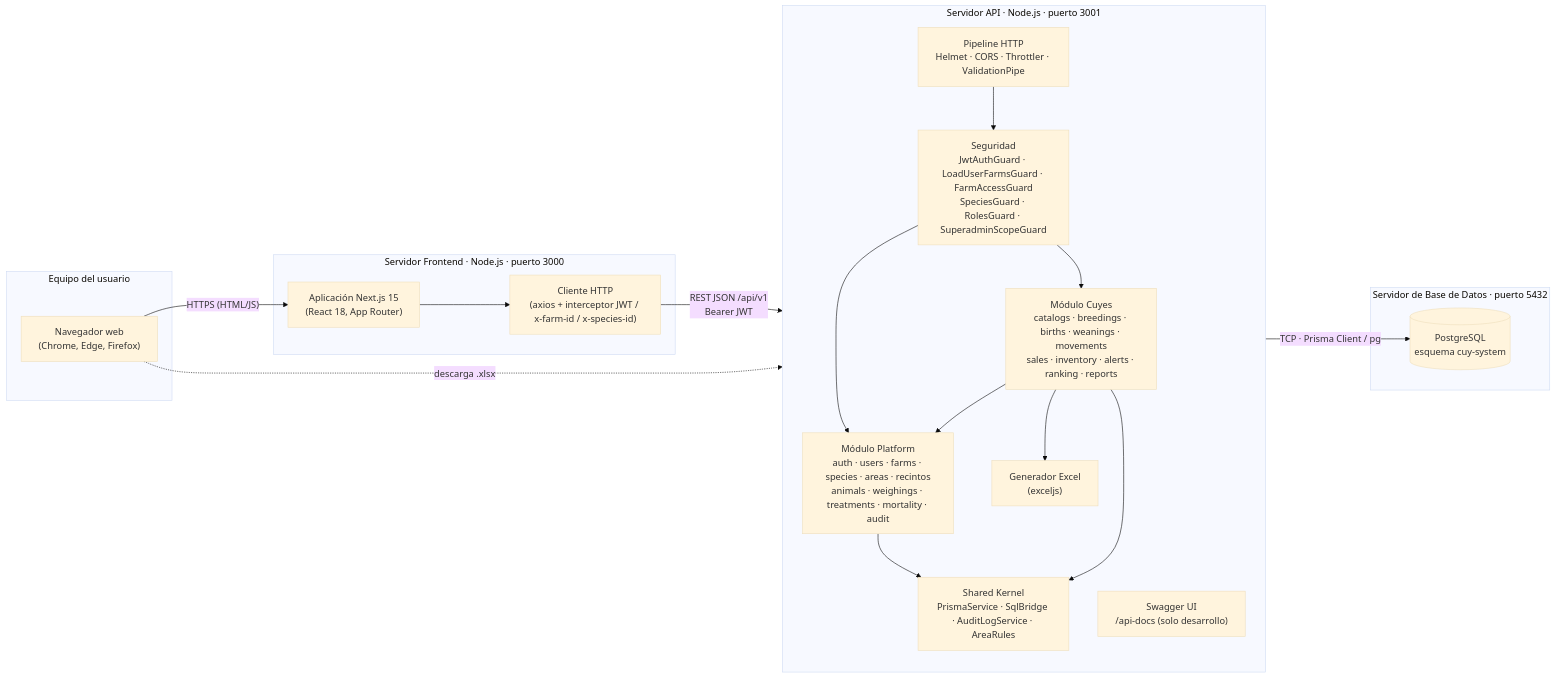
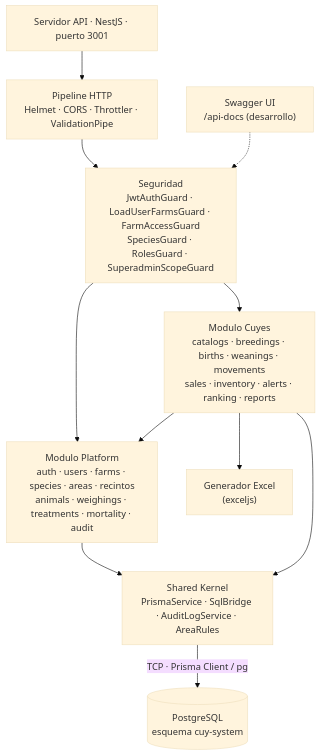
The second of 2 diagrams in docs/entrega_01/10.md (juan745Guevara/Cuy-system), drawn with Mermaid (base theme) before and after one commit. The commit also changed other lines of this file and 22 other files, not shown here.

````diff
--- a/docs/entrega_01/10.md
+++ b/docs/entrega_01/10.md
@@ -5,40 +28,23 @@
 ```mermaid
-flowchart LR
-  subgraph CLIENTE["Equipo del usuario"]
-    browser["Navegador web<br/>(Chrome, Edge, Firefox)"]
-  end
-
-  subgraph SFE["Servidor Frontend · Node.js · puerto 3000"]
-    next["Aplicación Next.js 15<br/>(React 18, App Router)"]
-    apiClient["Cliente HTTP<br/>(axios + interceptor JWT / x-farm-id / x-species-id)"]
-    next --> apiClient
-  end
-
-  subgraph SBE["Servidor API · Node.js · puerto 3001"]
-    direction TB
+flowchart TB
+    API["Servidor API · NestJS · puerto 3001"]
     pipeline["Pipeline HTTP<br/>Helmet · CORS · Throttler · ValidationPipe"]
     security["Seguridad<br/>JwtAuthGuard · LoadUserFarmsGuard · FarmAccessGuard<br/>SpeciesGuard · RolesGuard · SuperadminScopeGuard"]
-    platformC["Módulo Platform<br/>auth · users · farms · species · areas · recintos<br/>animals · weighings · treatments · mortality · audit"]
-    cuyesC["Módulo Cuyes<br/>catalogs · breedings · births · weanings · movements<br/>sales · inventory · alerts · ranking · reports"]
+    platformC["Modulo Platform<br/>auth · users · farms · species · areas · recintos<br/>animals · weighings · treatments · mortality · audit"]
+    cuyesC["Modulo Cuyes<br/>catalogs · breedings · births · weanings · movements<br/>sales · inventory · alerts · ranking · reports"]
     sharedC["Shared Kernel<br/>PrismaService · SqlBridge · AuditLogService · AreaRules"]
-    swagger["Swagger UI<br/>/api-docs (solo desarrollo)"]
+    swagger["Swagger UI<br/>/api-docs (desarrollo)"]
     excel["Generador Excel<br/>(exceljs)"]
+    pg[("PostgreSQL<br/>esquema cuy-system")]
 
+    API --> pipeline
     pipeline --> security
     security --> platformC
     security --> cuyesC
     cuyesC --> platformC
     platformC --> sharedC
     cuyesC --> sharedC
     cuyesC --> excel
-  end
-
-  subgraph SDB["Servidor de Base de Datos · puerto 5432"]
-    pg[("PostgreSQL<br/>esquema cuy-system")]
-  end
-
-  browser -- "HTTPS (HTML/JS)" --> next
-  apiClient -- "REST JSON /api/v1<br/>Bearer JWT" --> pipeline
-  browser -. "descarga .xlsx" .-> excel
-  sharedC -- "TCP · Prisma Client / pg" --> pg
+    sharedC -- "TCP · Prisma Client / pg" --> pg
+    swagger -.-> security
 ```
````
